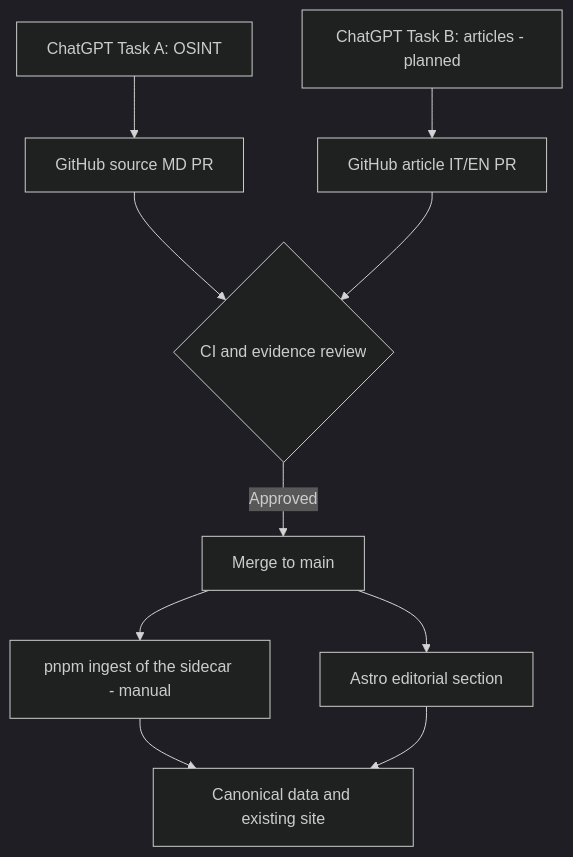
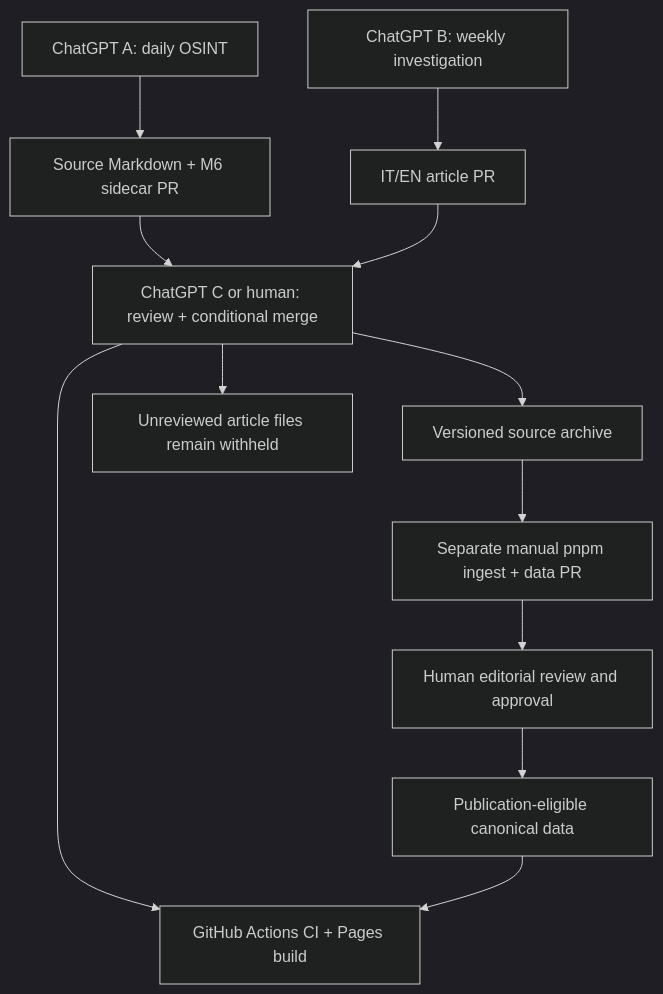
Before and after one commit to amattis96/our-enemies-monitor: the diagram in README.md, drawn with Mermaid (dark theme). The commit also changed other lines of this file and 1 other file, not shown here.

Commit message:
docs(automation): document active ChatGPT tasks and update README

````diff
--- a/README.md
+++ b/README.md
@@ -177,12 +157,14 @@
-```mermaid
+~~~mermaid
 flowchart TD
-    A[ChatGPT Task A: OSINT] --> C[GitHub source MD PR]
-    B[ChatGPT Task B: articles - planned] --> D[GitHub article IT/EN PR]
-    C --> E{CI and evidence review}
-    D --> E
-    E -->|Approved| F[Merge to main]
-    F --> G[pnpm ingest of the sidecar - manual]
-    F --> H[Astro editorial section]
-    G --> I[Canonical data and existing site]
-    H --> I
-```
+    A[ChatGPT A: daily OSINT] --> P1[Source Markdown + M6 sidecar PR]
+    B[ChatGPT B: weekly investigation] --> P2[IT/EN article PR]
+    P1 --> C[ChatGPT C or human: review + conditional merge]
+    P2 --> C
+    C --> Archive[Versioned source archive]
+    C --> Drafts[Unreviewed article files remain withheld]
+    Archive --> Ingest[Separate manual pnpm ingest + data PR]
+    Ingest --> Human[Human editorial review and approval]
+    Human --> Canonical[Publication-eligible canonical data]
+    C --> CI[GitHub Actions CI + Pages build]
+    Canonical --> CI
+~~~
````
